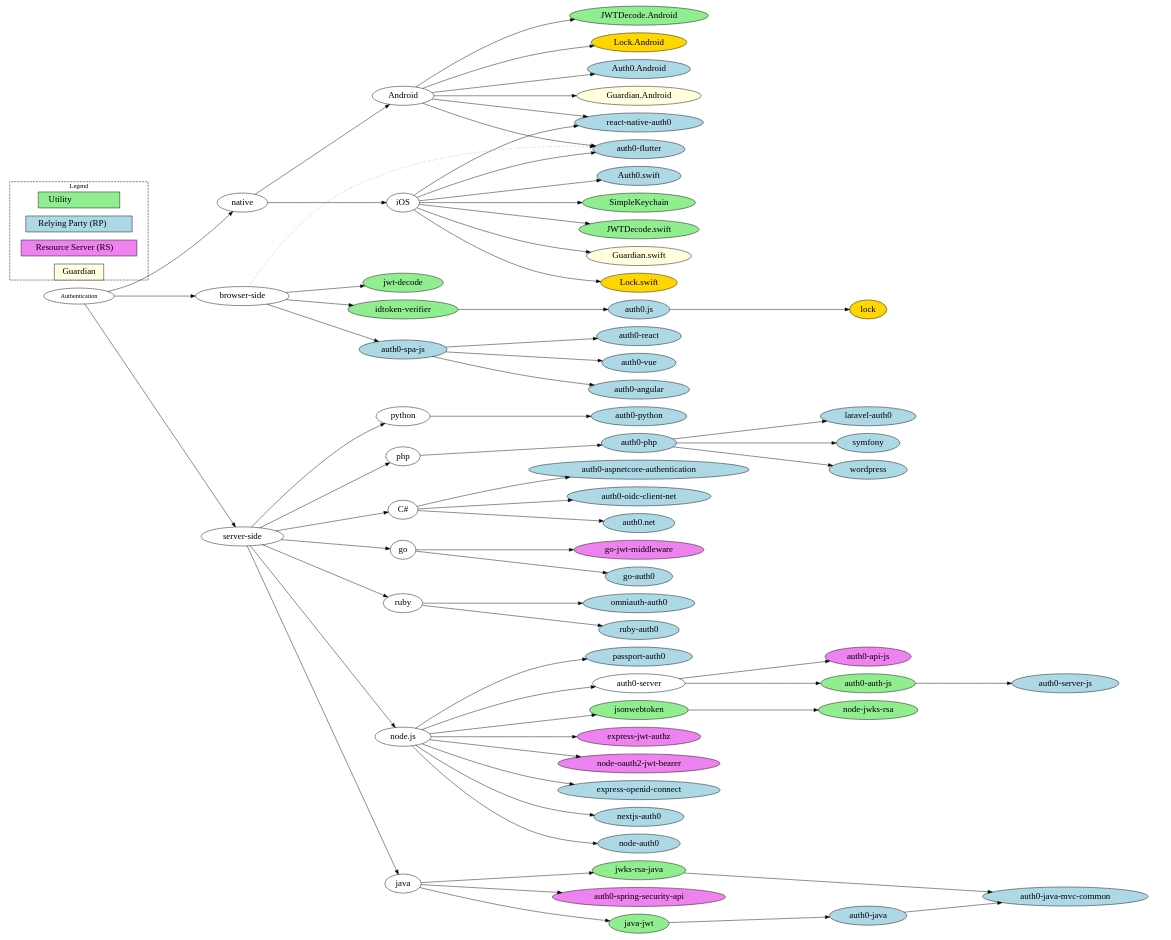
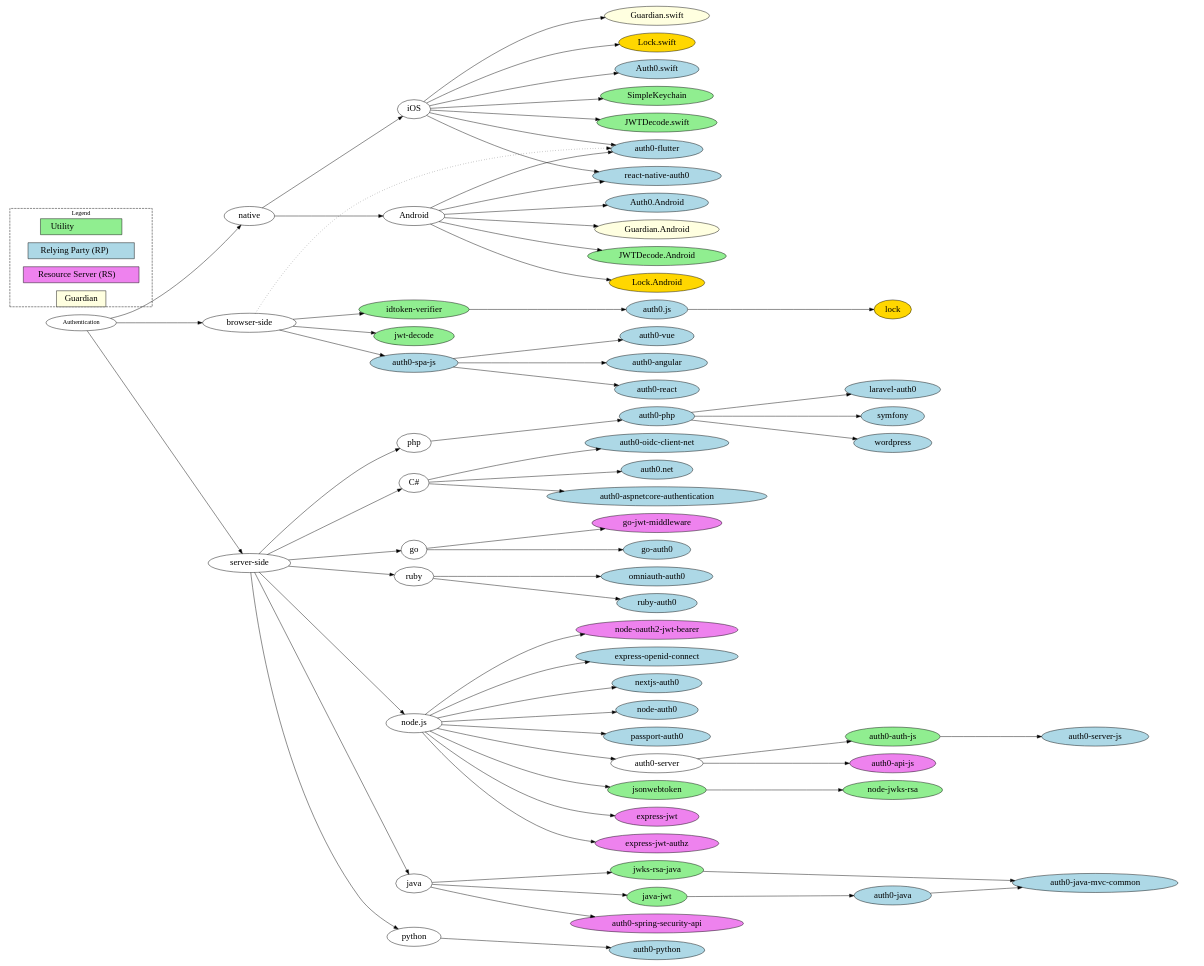
Before and after one commit to abbaspour/sdk-gallery: the diagram in graph/authentication.dot, drawn with Graphviz. The commit also changed 10 other files, not shown here.

```diff
--- a/graph/authentication.dot
+++ b/graph/authentication.dot
@@ -1,166 +1,168 @@
 digraph "Authentication" {
     rankdir=LR;
     ratio=0.8;
     ranksep=1;  // Adjust vertical spacing
     //nodesep=3; // Adjust horizontal spacing
     "Authentication";
     dpi=60;
     #size="9,4";
     splines=true         // Smooths out edges
     //nodesep=1.5          // Increases horizontal spacing
     //ranksep=2            // Increases vertical spacing
     margin=0.2           // Adds some padding around the edges
     node [fontsize=20];
     edge [fontsize=16];
 
     "native";
     "Auth0.Android" [URL="https://github.com/auth0/Auth0.Android", target="_blank", style=filled, fillcolor=lightblue];
     "Guardian.Android" [URL="https://github.com/auth0/Guardian.Android", target="_blank", style=filled, fillcolor=lightyellow];
     "auth0-flutter" [URL="https://github.com/auth0/auth0-flutter", target="_blank", style=filled, fillcolor=lightblue];
     "Auth0.swift" [URL="https://github.com/auth0/Auth0.swift", target="_blank", style=filled, fillcolor=lightblue];
     "SimpleKeychain" [URL="https://github.com/auth0/SimpleKeychain", target="_blank", style=filled, fillcolor=lightgreen];
     "JWTDecode.Android" [URL="https://github.com/auth0/JWTDecode.Android", target="_blank", style=filled, fillcolor=lightgreen];
     "JWTDecode.swift" [URL="https://github.com/auth0/JWTDecode.swift", target="_blank", style=filled, fillcolor=lightgreen];
     "Guardian.swift" [URL="https://github.com/auth0/https://github.com/auth0/Guardian.swift", target="_blank", style=filled, fillcolor=lightyellow];
     "react-native-auth0" [URL="https://github.com/auth0/react-native-auth0", target="_blank", style=filled, fillcolor=lightblue];
     "browser-side";
     "server-side";
     "node.js";
     "java";
     "auth0-java-mvc-common" [URL="https://github.com/auth0/auth0-java-mvc-common", target="_blank", style=filled, fillcolor=lightblue];
     "auth0-java" [URL="https://github.com/auth0/auth0-java", target="_blank", style=filled, fillcolor=lightblue];
     "java-jwt" [URL="https://github.com/auth0/java-jwt", target="_blank", style=filled, fillcolor=lightgreen];
     "jwks-rsa-java" [URL="https://github.com/auth0/jwks-rsa-java", target="_blank", style=filled, fillcolor=lightgreen];
     "auth0-spring-security-api" [URL="https://github.com/auth0/auth0-spring-security-api", target="_blank", style=filled, fillcolor=violet];
     "python";
     "auth0-python" [URL="https://github.com/auth0/auth0-python", target="_blank", style=filled, fillcolor=lightblue];
     "php";
     "auth0-php" [URL="https://github.com/auth0/auth0-PHP", target="_blank", style=filled, fillcolor=lightblue];
     "laravel-auth0" [URL="https://github.com/auth0/laravel-auth0", target="_blank", style=filled, fillcolor=lightblue];
     "symfony" [URL="https://github.com/auth0/symfony", target="_blank", style=filled, fillcolor=lightblue];
     "wordpress" [URL="https://github.com/auth0/wordpress", target="_blank", style=filled, fillcolor=lightblue];
     "C#";
     "auth0-oidc-client-net" [URL="https://github.com/auth0/auth0-oidc-client-net", target="_blank", style=filled, fillcolor=lightblue];
     "auth0.net" [URL="https://github.com/auth0/auth0.net", target="_blank", style=filled, fillcolor=lightblue];
     "auth0-aspnetcore-authentication" [URL="https://github.com/auth0/auth0-aspnetcore-authentication", target="_blank", style=filled, fillcolor=lightblue];
     "go";
     "go-jwt-middleware" [URL="https://github.com/auth0/go-jwt-middleware", target="_blank", style=filled, fillcolor=violet];
     "go-auth0" [URL="https://github.com/auth0/go-auth0", target="_blank", style=filled, fillcolor=lightblue];
     "ruby";
     "omniauth-auth0" [URL="https://github.com/auth0/omniauth-auth0", target="_blank", style=filled, fillcolor=lightblue];
     "ruby-auth0" [URL="https://github.com/auth0/ruby-auth0", target="_blank", style=filled, fillcolor=lightblue];
     "node-jwks-rsa" [URL="https://github.com/auth0/node-jwks-rsa", target="_blank", style=filled, fillcolor=lightgreen];
     "jsonwebtoken" [URL="https://github.com/auth0/node-jsonwebtoken", target="_blank", style=filled, fillcolor=lightgreen];
+    "express-jwt" [URL="https://github.com/auth0/express-jwt", target="_blank", style=filled, fillcolor=violet];
     "express-jwt-authz" [URL="https://github.com/auth0/express-jwt-authz", target="_blank", style=filled, fillcolor=violet];
     "node-oauth2-jwt-bearer" [URL="https://github.com/auth0/node-oauth2-jwt-bearer/", target="_blank", style=filled, fillcolor=violet];
     "express-openid-connect" [URL="https://github.com/auth0/express-openid-connect", target="_blank", style=filled, fillcolor=lightblue];
     "auth0-spa-js" [URL="https://github.com/auth0/auth0-spa-js", target="_blank", style=filled, fillcolor=lightblue];
     "auth0-react" [URL="https://github.com/auth0/auth0-react", target="_blank", style=filled, fillcolor=lightblue];
     "auth0-vue" [URL="https://github.com/auth0/auth0-vue", target="_blank", style=filled, fillcolor=lightblue];
     "nextjs-auth0" [URL="https://github.com/auth0/nextjs-auth0/", target="_blank", style=filled, fillcolor=lightblue];
     "auth0-angular" [URL="https://github.com/auth0/auth0-angular", target="_blank", style=filled, fillcolor=lightblue];
     "auth0.js" [URL="https://github.com/auth0/auth0.js", target="_blank", style=filled, fillcolor=lightblue];
     "jwt-decode" [URL="https://github.com/auth0/jwt-decode", target="_blank", style=filled, fillcolor=lightgreen];
     "lock" [URL="https://github.com/auth0/lock", target="_blank", style=filled, fillcolor=gold];
     "Lock.Android" [URL="https://github.com/auth0/Lock.Android", target="_blank", style=filled, fillcolor=gold];
     "Lock.swift" [URL="https://github.com/auth0/Lock.swift", target="_blank", style=filled, fillcolor=gold];
     "node-auth0" [style=filled, fillcolor=lightblue];
     "passport-auth0" [URL="https://github.com/auth0/passport-auth0", target="_blank", style=filled, fillcolor=lightblue];
     "idtoken-verifier" [URL="https://github.com/auth0/idtoken-verifier", target="_blank", style=filled, fillcolor=lightgreen];
     "auth0-server" [URL="https://github.com/atko-cic/auth0-server-js/tree/early-access", target="_blank" ];
     "auth0-auth-js" [URL="https://github.com/atko-cic/auth0-server-js/tree/early-access/packages/auth0-auth-js", target="_blank", style=filled, fillcolor=lightgreen];
     "auth0-server-js" [URL="https://github.com/atko-cic/auth0-server-js/tree/early-access/packages/auth0-server-js", target="_blank", style=filled, fillcolor=lightblue];
     "auth0-api-js" [URL="https://github.com/atko-cic/auth0-server-js/tree/early-access/packages/auth0-api-js", target="_blank", style=filled, fillcolor=violet];
 
     "Authentication" -> "native";
     "Authentication" -> "browser-side";
     "Authentication" -> "server-side";
     "server-side" -> "node.js";
     "server-side" -> "java";
     //"java" -> "oss-library-gradle-plugin";
     "java" -> "java-jwt";
     "java" -> "jwks-rsa-java";
     "java-jwt" -> "auth0-java";
     "auth0-java" -> "auth0-java-mvc-common";
     "jwks-rsa-java" -> "auth0-java-mvc-common";
     "java" -> "auth0-spring-security-api";
     "server-side" -> "python";
     "python" -> "auth0-python";
     "server-side" -> "php";
     "server-side" -> "C#";
     "server-side" -> "go";
     "server-side" -> "ruby";
     //"server-side" -> "JSR";
 
     "browser-side" -> "auth0-spa-js";
     "browser-side" -> "jwt-decode";
     "browser-side" -> "auth0-flutter" [style=dotted];
 
     "browser-side" -> "idtoken-verifier";
     "idtoken-verifier" -> "auth0.js";
     "auth0.js" -> "lock";
     "node.js" -> "node-auth0";
     "node.js" -> "passport-auth0";
 
     "node.js" -> "jsonwebtoken";
+    "node.js" -> "express-jwt";
     "node.js" -> "express-jwt-authz";
     "node.js" -> "node-oauth2-jwt-bearer";
     "node.js" -> "express-openid-connect";
     "node.js" -> "nextjs-auth0";
     "node.js" -> "auth0-server";
     "jsonwebtoken" -> "node-jwks-rsa";
 
     "auth0-server" -> "auth0-auth-js";
     "auth0-server" -> "auth0-api-js";
     "auth0-auth-js" -> "auth0-server-js";
 
     "auth0-spa-js" -> "auth0-react";
     "auth0-spa-js" -> "auth0-vue";
     "auth0-spa-js" -> "auth0-angular";
 
     "go" -> "go-jwt-middleware";
     "go" -> "go-auth0";
 
     "ruby" -> "omniauth-auth0";
     "ruby" -> "ruby-auth0";
 
     "php" -> "auth0-php";
     "auth0-php" -> "laravel-auth0";
     "auth0-php" -> "symfony";
     "auth0-php" -> "wordpress";
 
     "C#" -> "auth0-oidc-client-net";
     "C#" -> "auth0.net";
     "C#" -> "auth0-aspnetcore-authentication";
 
     "native" -> "Android";
     "native" -> "iOS";
 
     "Android" -> "auth0-flutter";
     "Android" -> "Auth0.Android";
     "Android" -> "JWTDecode.Android";
     "Android" -> "react-native-auth0";
     "Android" -> "Guardian.Android";
     "Android" -> "Lock.Android";
     //"jwt-decode" -> "react-native-auth0";
 
     "iOS" -> "auth0-flutter";
     "iOS" -> "Auth0.swift";
     "iOS" -> "SimpleKeychain";
     "iOS" -> "JWTDecode.swift";
     "iOS" -> "react-native-auth0";
     "iOS" -> "Guardian.swift";
     "iOS" -> "Lock.swift";
 
     // Legend
     subgraph cluster_legend {
     label="Legend";
     style=dashed;
     "Utility                 " [shape=box, style=filled, fillcolor=lightgreen];
     "Relying Party (RP)      " [shape=box, style=filled, fillcolor=lightblue];
     "Resource Server (RS)    " [shape=box, style=filled, fillcolor=violet];
     //"Auth0 Customisation (OP)" [shape=box, style=filled, fillcolor=gold];
     "Guardian" [shape=box, style=filled, fillcolor=lightyellow];
     //"Missing" [shape=box, style=filled, fillcolor=red];
     }
 }
```
